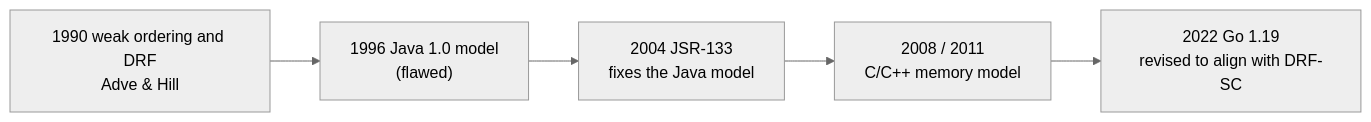
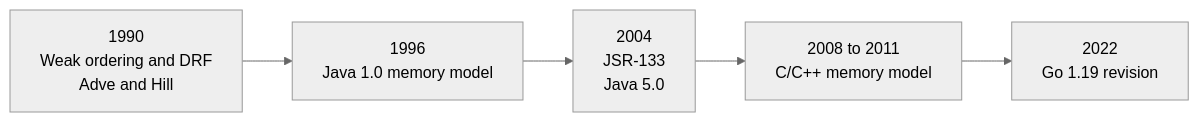
The second of 4 diagrams in book/en-us/part3concurrency/ch11sync/mem.md (golang-design/under-the-hood), drawn with Mermaid (neutral theme) before and after one commit. The commit also changed other lines of this file and 30 other files, not shown here.

````diff
--- a/book/en-us/part3concurrency/ch11sync/mem.md
+++ b/book/en-us/part3concurrency/ch11sync/mem.md
@@ -407,7 +305,7 @@
 ```mermaid
 flowchart LR
-    A["1990 weak ordering and DRF<br/>Adve & Hill"] --> B["1996 Java 1.0 model<br/>(flawed)"]
-    B --> C["2004 JSR-133<br/>fixes the Java model"]
-    C --> D["2008 / 2011<br/>C/C++ memory model"]
-    D --> E["2022 Go 1.19<br/>revised to align with DRF-SC"]
+    A["1990<br/>Weak ordering and DRF<br/>Adve and Hill"] --> B["1996<br/>Java 1.0 memory model"]
+    B --> C["2004<br/>JSR-133<br/>Java 5.0"]
+    C --> D["2008 to 2011<br/>C/C++ memory model"]
+    D --> E["2022<br/>Go 1.19 revision"]
 ```
````
